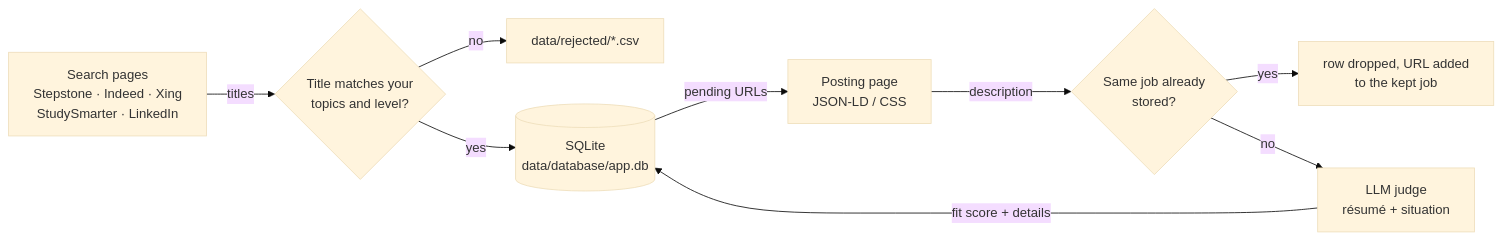
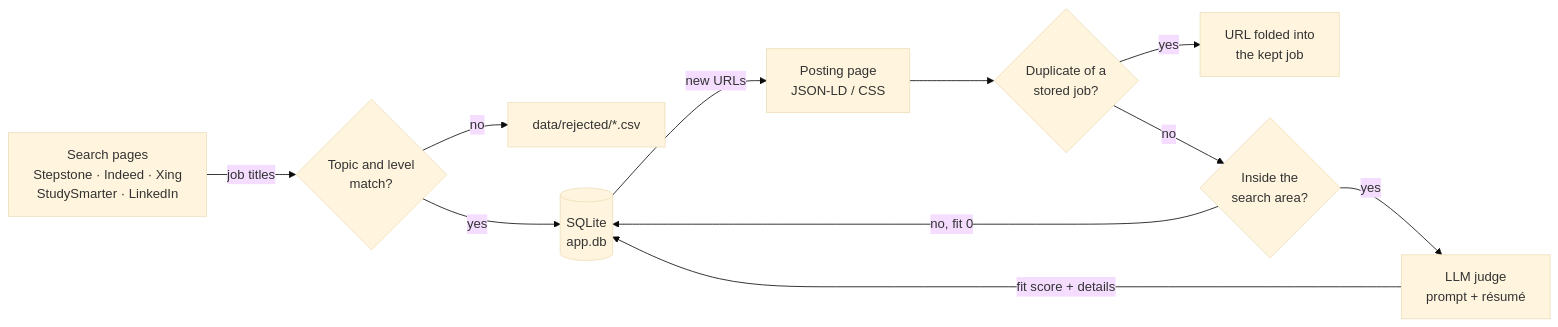
The diagram in README.md (Devashish-Pisal/multi-source-job-aggregator), drawn with Mermaid (base theme) before and after one commit. The commit also changed other lines of this file and 11 other files, not shown here.

````diff
--- a/README.md
+++ b/README.md
@@ -5,11 +48,13 @@
 ```mermaid
 flowchart LR
-    A[Search pages<br/>Stepstone · Indeed · Xing<br/>StudySmarter · LinkedIn] -->|titles| B{Title matches your<br/>topics and level?}
+    A[Search pages<br/>Stepstone · Indeed · Xing<br/>StudySmarter · LinkedIn] -->|job titles| B{Topic and level<br/>match?}
     B -->|no| R[data/rejected/*.csv]
-    B -->|yes| D[(SQLite<br/>data/database/app.db)]
-    D -->|pending URLs| E[Posting page<br/>JSON-LD / CSS]
-    E -->|description| F{Same job already<br/>stored?}
-    F -->|yes| G[row dropped, URL added<br/>to the kept job]
-    F -->|no| H[LLM judge<br/>résumé + situation]
+    B -->|yes| D[(SQLite<br/>app.db)]
+    D -->|new URLs| E[Posting page<br/>JSON-LD / CSS]
+    E --> F{Duplicate of a<br/>stored job?}
+    F -->|yes| G[URL folded into<br/>the kept job]
+    F -->|no| L{Inside the<br/>search area?}
+    L -->|no, fit 0| D
+    L -->|yes| H[LLM judge<br/>prompt + résumé]
     H -->|fit score + details| D
 ```
````
